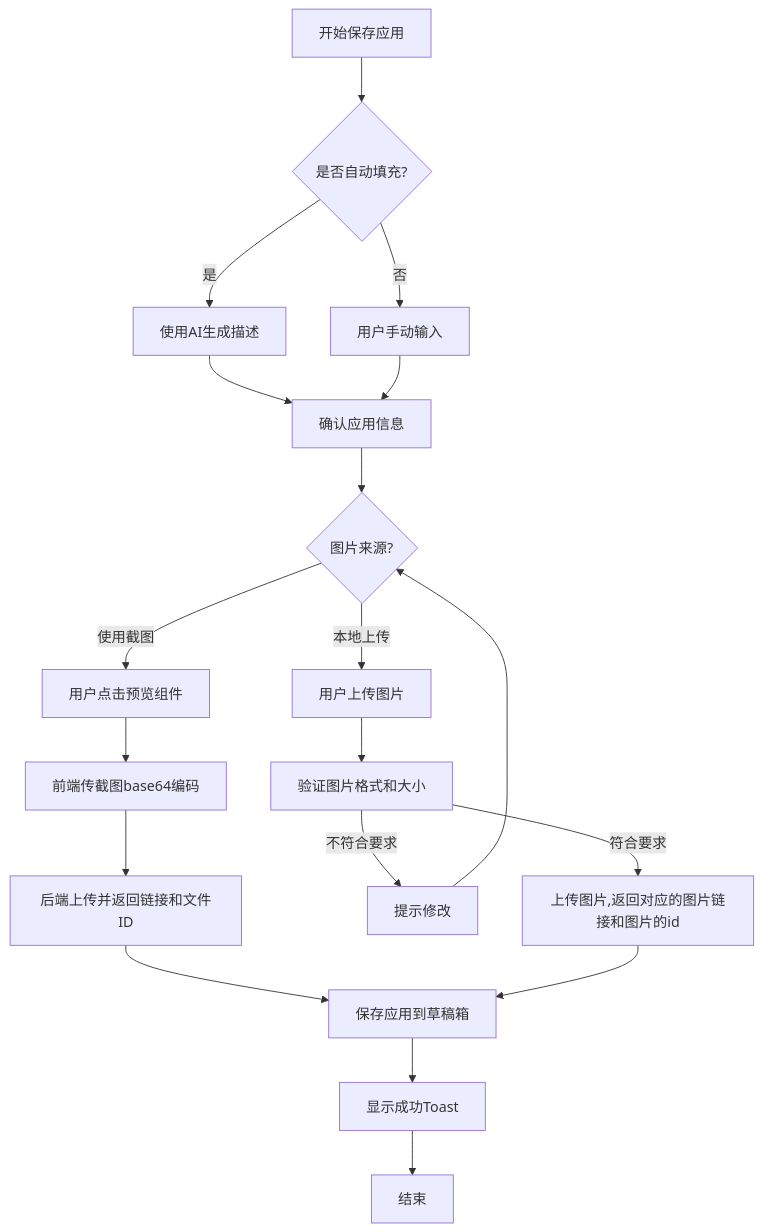
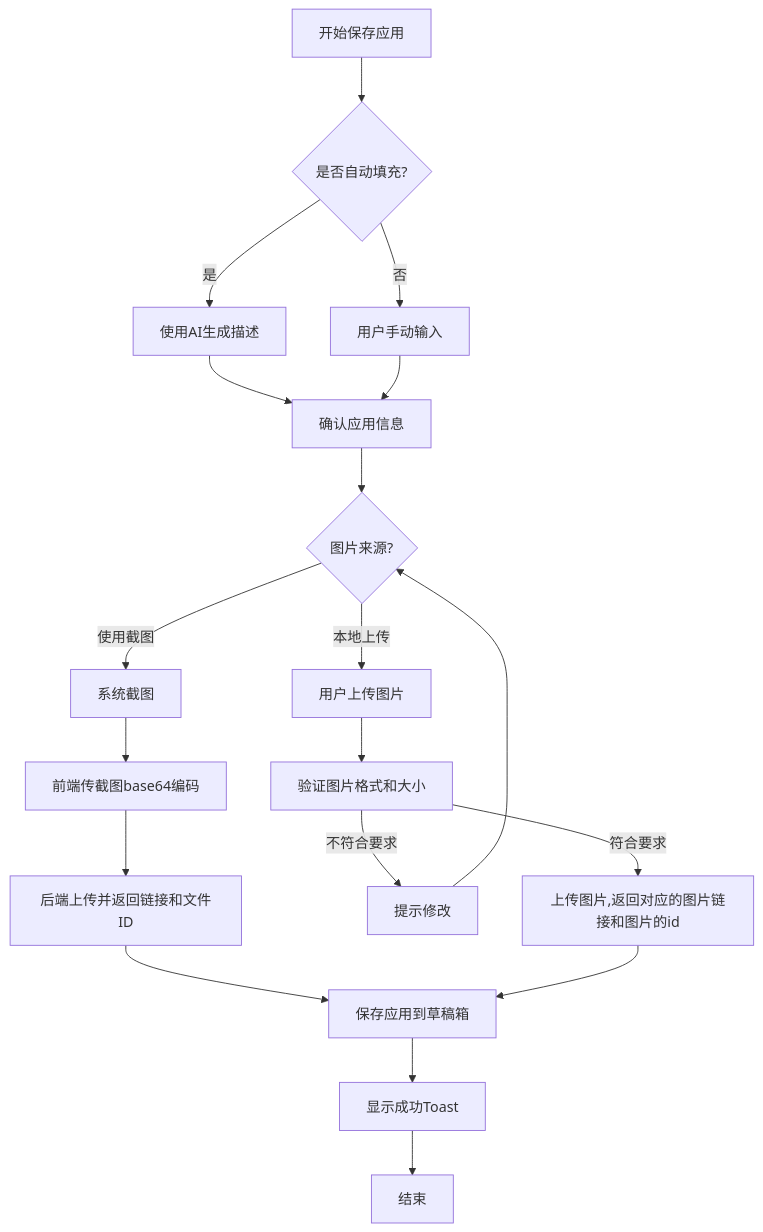
One commit to yingjianzh/iodraw-files changed the diagram in all/未命名-66.md. Above: the diagram before and after it, drawn with Mermaid.

Commit message:
2025-05-27 11:21:43 update

````diff
--- a/all/未命名-66.md
+++ b/all/未命名-66.md
@@ -1,21 +1,21 @@
 ```mermaid
 flowchart TD
     A[开始保存应用] --> B{是否自动填充?}
     B -->|是| C[使用AI生成描述]
     B -->|否| D[用户手动输入]
     C --> E[确认应用信息]
     D --> E
     E --> F{图片来源?}
-    F -->|使用截图| G[用户点击预览组件]
+    F -->|使用截图| G[系统截图]
     F -->|本地上传| H[用户上传图片]
     G --> G1[前端传截图base64编码]
     G1 --> G2[后端上传并返回链接和文件ID]
     H --> I[验证图片格式和大小]
     I -->|不符合要求| J[提示修改]
     J --> F
     I -->|符合要求| K1[上传图片,返回对应的图片链接和图片的id]
     G2 --> K[保存应用到草稿箱]
     K1 --> K
     K --> L[显示成功Toast]
     L --> M[结束]
 ```
````
